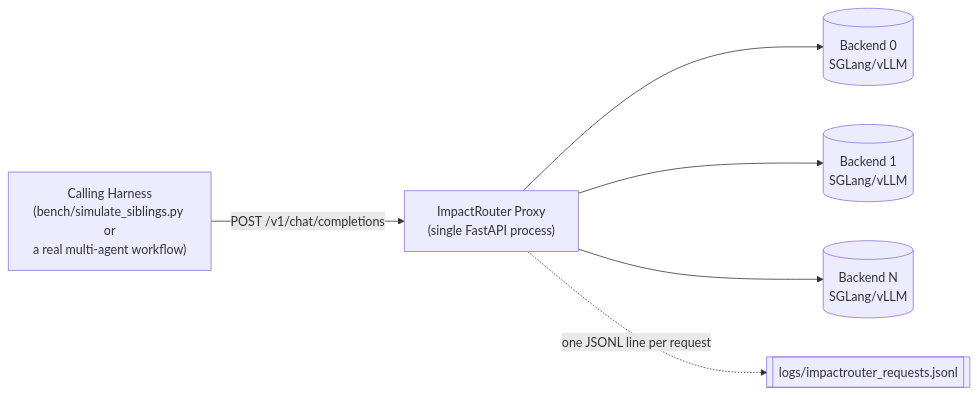
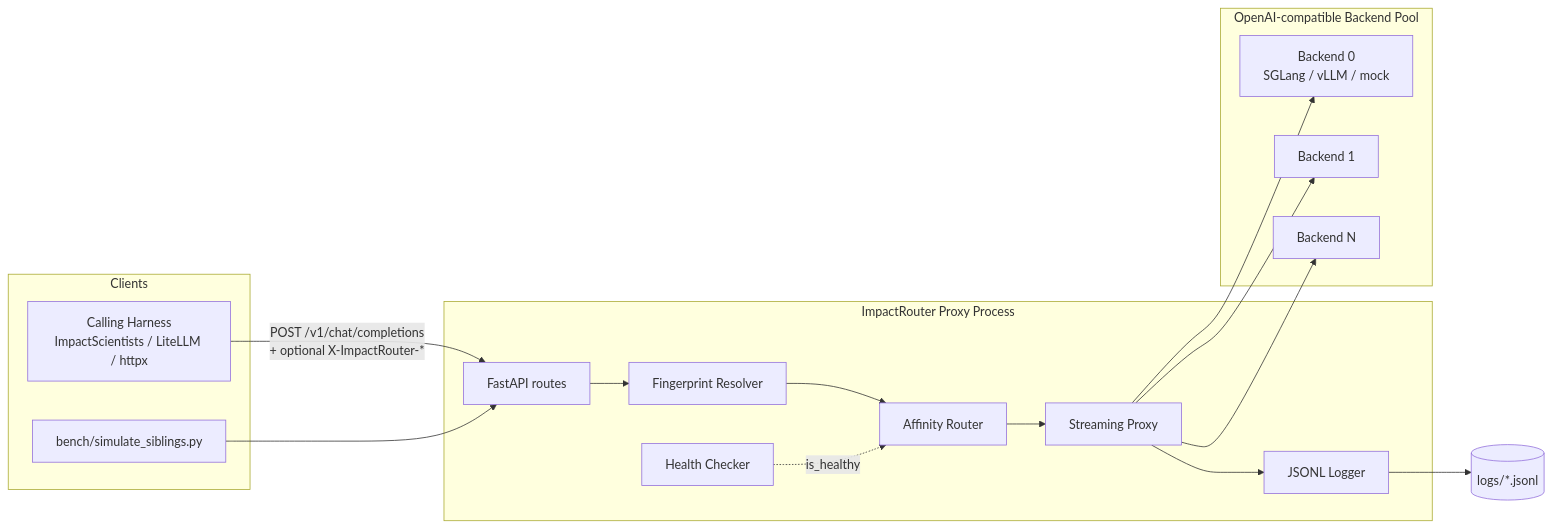
The first of 8 diagrams in docs/ARCHITECTURE.md (msunda17/impactrouter), drawn with Mermaid before and after one commit. The commit also changed other lines of this file and 1 other file, not shown here.

First line of the commit message:
Add comprehensive ImpactRouter architecture reference.

````diff
--- a/docs/ARCHITECTURE.md
+++ b/docs/ARCHITECTURE.md
@@ -14,15 +84,30 @@
 ```mermaid
-graph LR
-    Client["Calling Harness<br/>(bench/simulate_siblings.py or<br/>a real multi-agent workflow)"]
-    Router["ImpactRouter Proxy<br/>(single FastAPI process)"]
-    B0[("Backend 0<br/>SGLang/vLLM")]
-    B1[("Backend 1<br/>SGLang/vLLM")]
-    BN[("Backend N<br/>SGLang/vLLM")]
-    Log[["logs/impactrouter_requests.jsonl"]]
+flowchart LR
+  subgraph Clients
+    H[Calling Harness<br/>ImpactScientists / LiteLLM / httpx]
+    B[bench/simulate_siblings.py]
+  end
 
-    Client -- "POST /v1/chat/completions" --> Router
-    Router --> B0
-    Router --> B1
-    Router --> BN
-    Router -. "one JSONL line per request" .-> Log
+  subgraph ImpactRouter["ImpactRouter Proxy Process"]
+    API[FastAPI routes]
+    FP[Fingerprint Resolver]
+    AR[Affinity Router]
+    PX[Streaming Proxy]
+    HC[Health Checker]
+    LG[JSONL Logger]
+  end
+
+  subgraph Backends["OpenAI-compatible Backend Pool"]
+    B0[Backend 0<br/>SGLang / vLLM / mock]
+    B1[Backend 1]
+    BN[Backend N]
+  end
+
+  H -->|POST /v1/chat/completions<br/>+ optional X-ImpactRouter-*| API
+  B --> API
+  API --> FP --> AR --> PX
+  HC -.->|is_healthy| AR
+  PX --> B0 & B1 & BN
+  PX --> LG
+  LG --> L[(logs/*.jsonl)]
 ```
````
